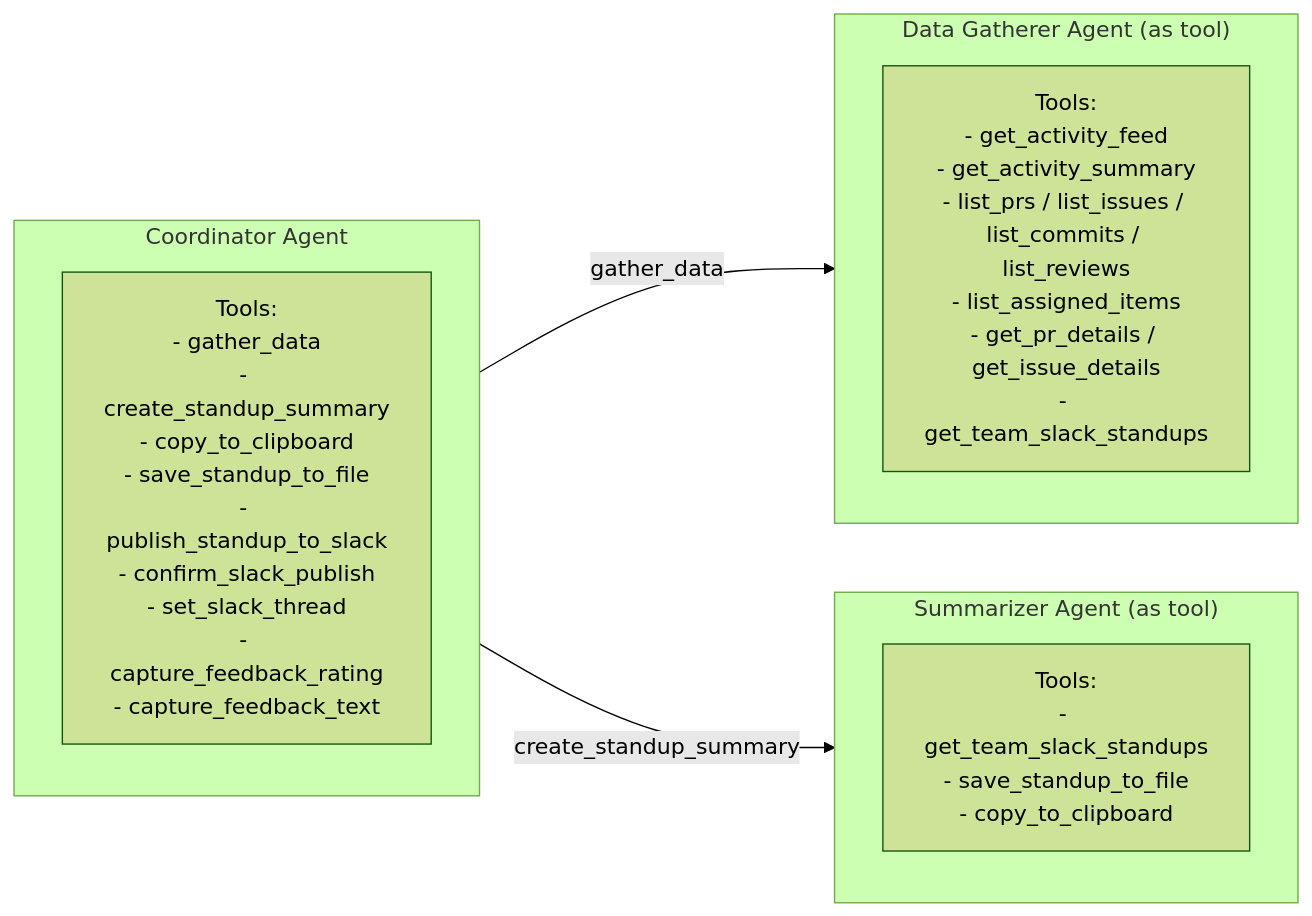
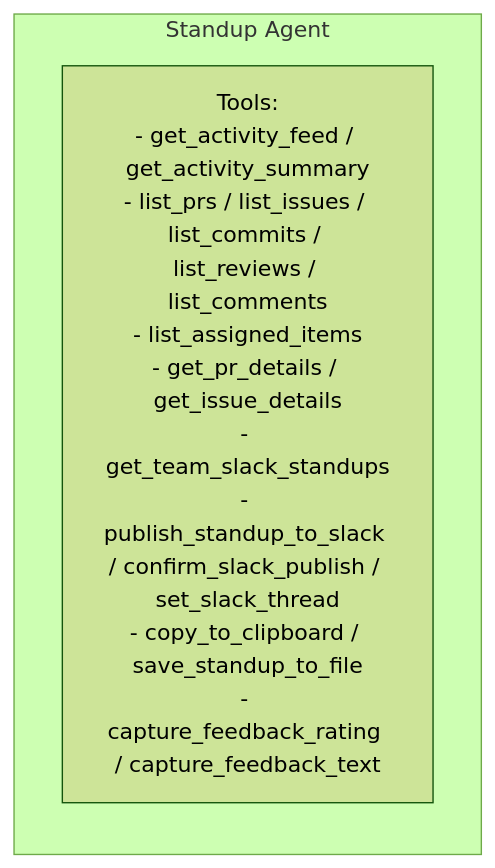
The second of 3 diagrams in ARCHITECTURE.md (andrewm4894/github-standup-agent), drawn with Mermaid (forest theme) before and after one commit. The commit also changed other lines of this file and 25 other files, not shown here.

First line of the commit message:
Collapse 3-agent system into single Standup Agent (#6)

````diff
--- a/ARCHITECTURE.md
+++ b/ARCHITECTURE.md
@@ -78,20 +71,7 @@
 ```mermaid
 flowchart LR
-    subgraph Coordinator["Coordinator Agent"]
+    subgraph StandupAgent["Standup Agent"]
         direction TB
-        c_tools["Tools:<br/>- gather_data<br/>- create_standup_summary<br/>- copy_to_clipboard<br/>- save_standup_to_file<br/>- publish_standup_to_slack<br/>- confirm_slack_publish<br/>- set_slack_thread<br/>- capture_feedback_rating<br/>- capture_feedback_text"]
+        tools["Tools:<br/>- get_activity_feed / get_activity_summary<br/>- list_prs / list_issues / list_commits / list_reviews / list_comments<br/>- list_assigned_items<br/>- get_pr_details / get_issue_details<br/>- get_team_slack_standups<br/>- publish_standup_to_slack / confirm_slack_publish / set_slack_thread<br/>- copy_to_clipboard / save_standup_to_file<br/>- capture_feedback_rating / capture_feedback_text"]
     end
-
-    subgraph DataGatherer["Data Gatherer Agent (as tool)"]
-        direction TB
-        dg_tools["Tools:<br/>- get_activity_feed<br/>- get_activity_summary<br/>- list_prs / list_issues / list_commits / list_reviews<br/>- list_assigned_items<br/>- get_pr_details / get_issue_details<br/>- get_team_slack_standups"]
-    end
-
-    subgraph Summarizer["Summarizer Agent (as tool)"]
-        direction TB
-        s_tools["Tools:<br/>- get_team_slack_standups<br/>- save_standup_to_file<br/>- copy_to_clipboard"]
-    end
-
-    Coordinator -->|"gather_data"| DataGatherer
-    Coordinator -->|"create_standup_summary"| Summarizer
 ```
````
